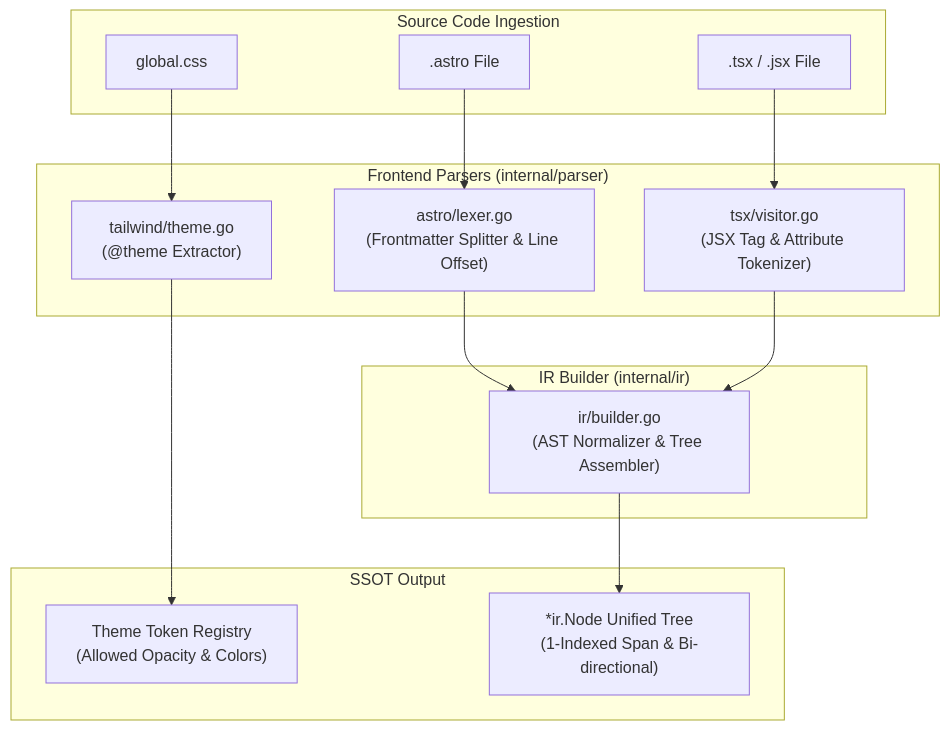
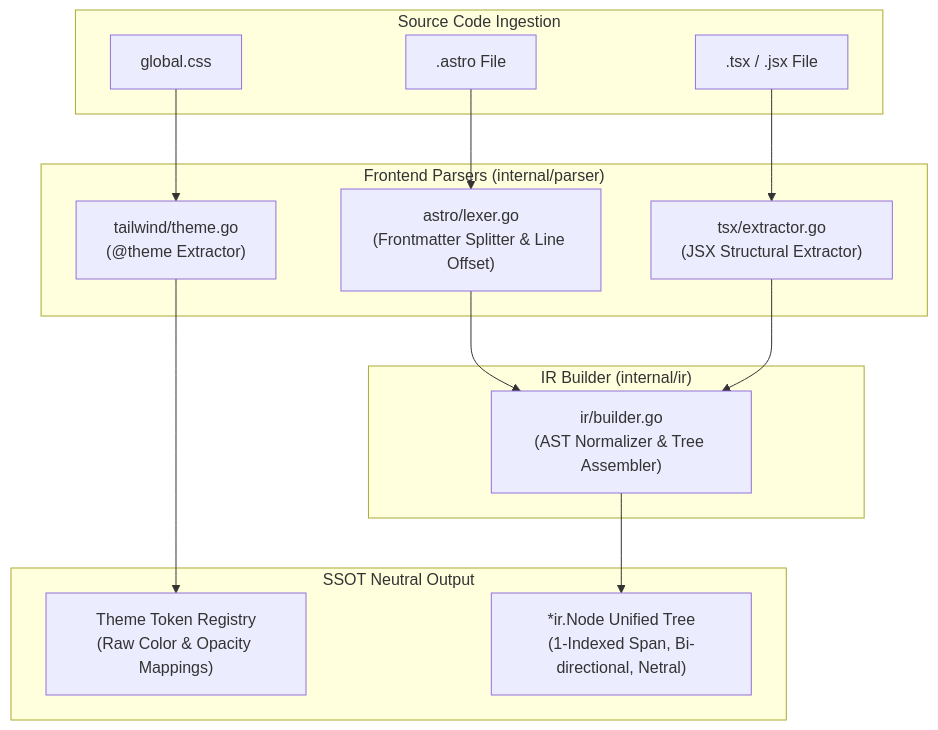
The diagram in docs/02-architecture/02-parser.md (will2469/charites), drawn with Mermaid before and after one commit. The commit also changed other lines of this file and 4 other files, not shown here.

````diff
--- a/docs/02-architecture/02-parser.md
+++ b/docs/02-architecture/02-parser.md
@@ -14,28 +17,28 @@
 ```mermaid
 flowchart TD
     subgraph Ingestion ["Source Code Ingestion"]
         CSS["global.css"]
         Astro[".astro File"]
         TSX[".tsx / .jsx File"]
     end
 
     subgraph Parsers ["Frontend Parsers (internal/parser)"]
         TailwindParser["tailwind/theme.go\n(@theme Extractor)"]
         AstroParser["astro/lexer.go\n(Frontmatter Splitter & Line Offset)"]
-        TSXParser["tsx/visitor.go\n(JSX Tag & Attribute Tokenizer)"]
+        TSXParser["tsx/extractor.go\n(JSX Structural Extractor)"]
     end
 
     subgraph Normalization ["IR Builder (internal/ir)"]
         Builder["ir/builder.go\n(AST Normalizer & Tree Assembler)"]
     end
 
-    subgraph Output ["SSOT Output"]
-        Tokens["Theme Token Registry\n(Allowed Opacity & Colors)"]
-        IRTree["*ir.Node Unified Tree\n(1-Indexed Span & Bi-directional)"]
+    subgraph Output ["SSOT Neutral Output"]
+        Tokens["Theme Token Registry\n(Raw Color & Opacity Mappings)"]
+        IRTree["*ir.Node Unified Tree\n(1-Indexed Span, Bi-directional, Netral)"]
     end
 
     CSS --> TailwindParser --> Tokens
     Astro --> AstroParser --> Builder
     TSX --> TSXParser --> Builder
     Builder --> IRTree
 ```
````
